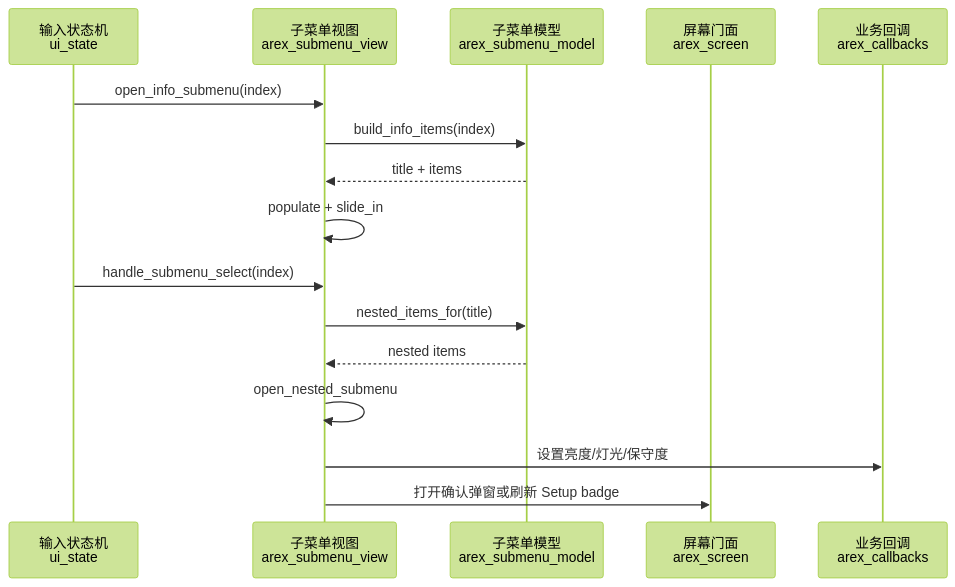
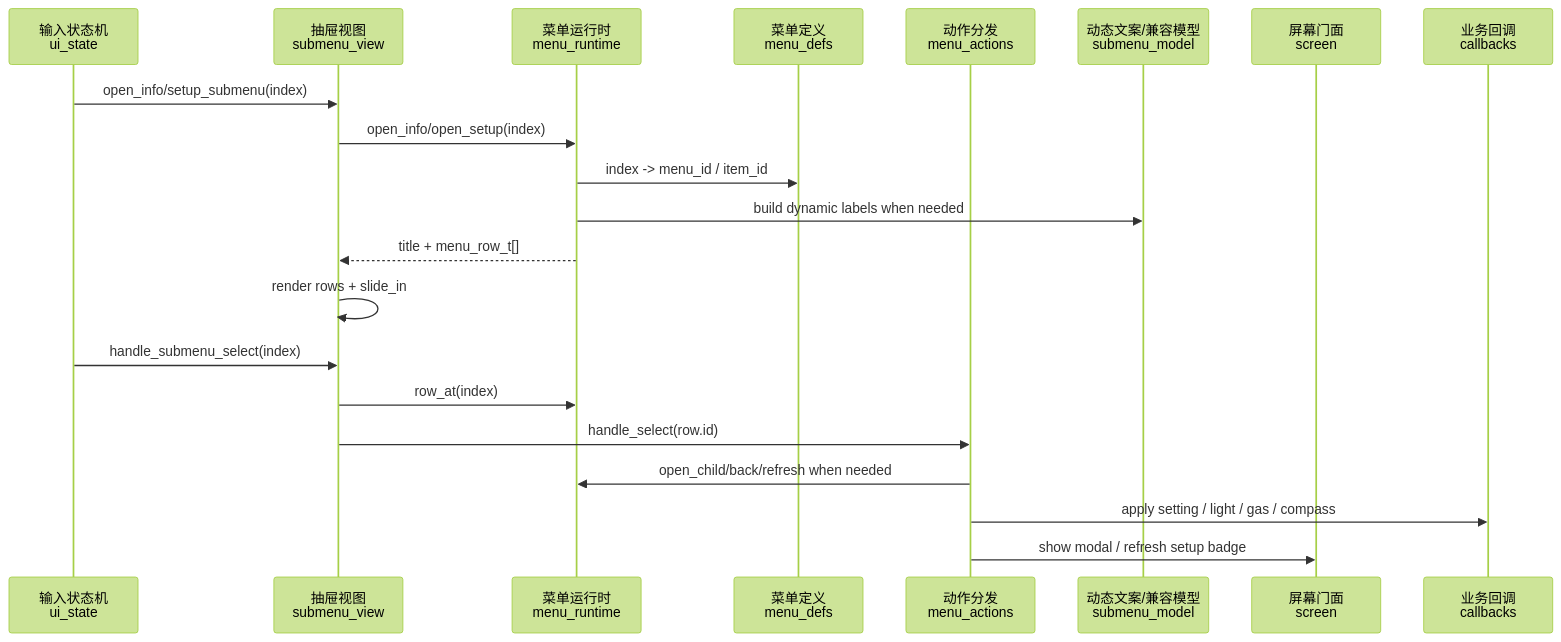
Before and after one commit to arexvision/lv_port_win_codeblocks-release-v8.3_hasGroup: the fourth of 6 diagrams in UI_html_DOC/UI_MODULE_MAP.md, drawn with Mermaid (forest theme). The commit also changed other lines of this file and 4 other files, not shown here.

````diff
--- a/UI_html_DOC/UI_MODULE_MAP.md
+++ b/UI_html_DOC/UI_MODULE_MAP.md
@@ -94,21 +98,25 @@
 ```mermaid
 sequenceDiagram
     participant Input as 输入状态机<br/>ui_state
-    participant View as 子菜单视图<br/>arex_submenu_view
-    participant Model as 子菜单模型<br/>arex_submenu_model
-    participant Screen as 屏幕门面<br/>arex_screen
-    participant Callback as 业务回调<br/>arex_callbacks
+    participant View as 抽屉视图<br/>submenu_view
+    participant Runtime as 菜单运行时<br/>menu_runtime
+    participant Defs as 菜单定义<br/>menu_defs
+    participant Actions as 动作分发<br/>menu_actions
+    participant Model as 动态文案/兼容模型<br/>submenu_model
+    participant Screen as 屏幕门面<br/>screen
+    participant Callback as 业务回调<br/>callbacks
 
-    Input->>View: open_info_submenu(index)
-    View->>Model: build_info_items(index)
-    Model-->>View: title + items
-    View->>View: populate + slide_in
+    Input->>View: open_info/setup_submenu(index)
+    View->>Runtime: open_info/open_setup(index)
+    Runtime->>Defs: index -> menu_id / item_id
+    Runtime->>Model: build dynamic labels when needed
+    Runtime-->>View: title + menu_row_t[]
+    View->>View: render rows + slide_in
 
     Input->>View: handle_submenu_select(index)
-    View->>Model: nested_items_for(title)
-    Model-->>View: nested items
-    View->>View: open_nested_submenu
-
-    View->>Callback: 设置亮度/灯光/保守度
-    View->>Screen: 打开确认弹窗或刷新 Setup badge
+    View->>Runtime: row_at(index)
+    View->>Actions: handle_select(row.id)
+    Actions->>Runtime: open_child/back/refresh when needed
+    Actions->>Callback: apply setting / light / gas / compass
+    Actions->>Screen: show modal / refresh setup badge
 ```
````
